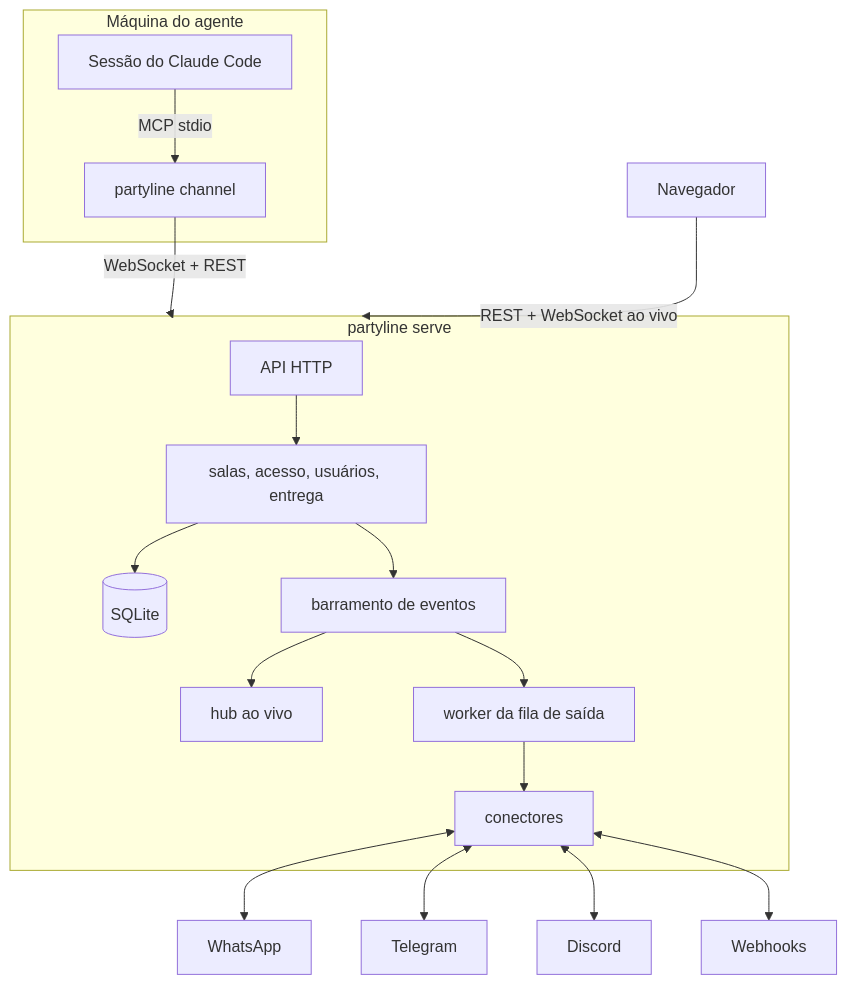
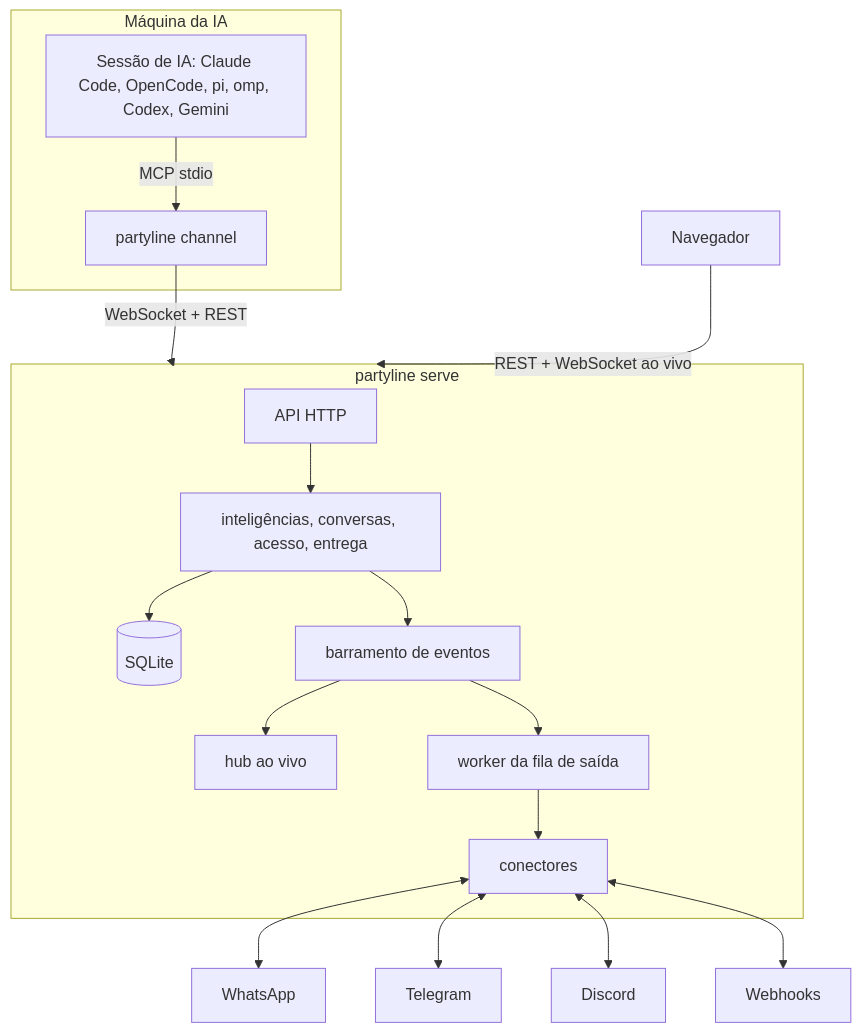
Before and after one commit to wnexous/partyline: the diagram in README.pt-BR.md, drawn with Mermaid. The commit also changed other lines of this file and 5 other files, not shown here.

````diff
--- a/README.pt-BR.md
+++ b/README.pt-BR.md
@@ -32,17 +46,17 @@
 ```mermaid
 graph TD
-  subgraph host[Máquina do agente]
-    CC[Sessão do Claude Code] -- MCP stdio --> CH[partyline channel]
+  subgraph host[Máquina da IA]
+    CC[Sessão de IA: Claude Code, OpenCode, pi, omp, Codex, Gemini] -- MCP stdio --> CH[partyline channel]
   end
   CH -- WebSocket + REST --> SRV
   Navegador -- REST + WebSocket ao vivo --> SRV
   subgraph SRV[partyline serve]
-    API[API HTTP] --> SVC[salas, acesso, usuários, entrega]
+    API[API HTTP] --> SVC[inteligências, conversas, acesso, entrega]
     SVC --> DB[(SQLite)]
     SVC --> BUS[barramento de eventos]
     BUS --> LIVE[hub ao vivo]
     BUS --> OUT[worker da fila de saída]
     OUT --> CON[conectores]
   end
   CON <--> WA[WhatsApp] & TG[Telegram] & DC[Discord] & WH[Webhooks]
 ```
````
